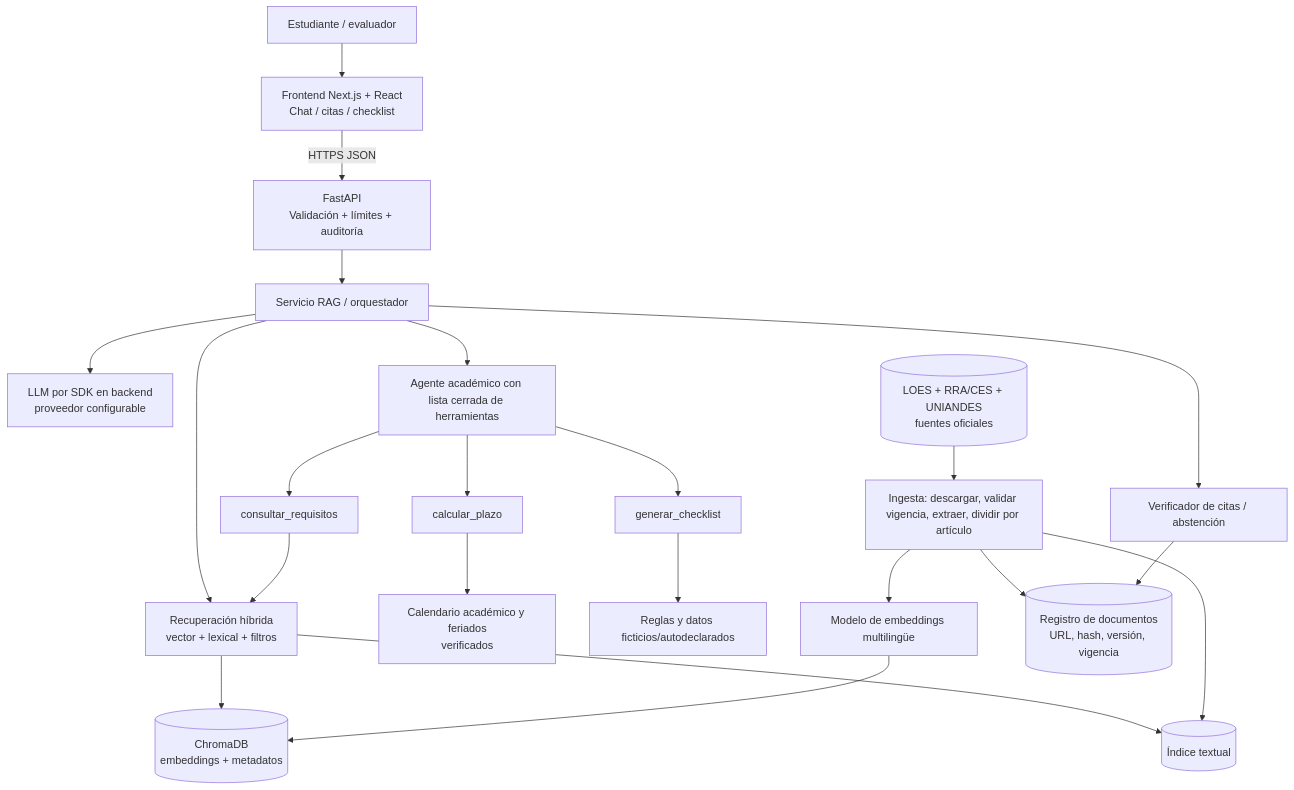
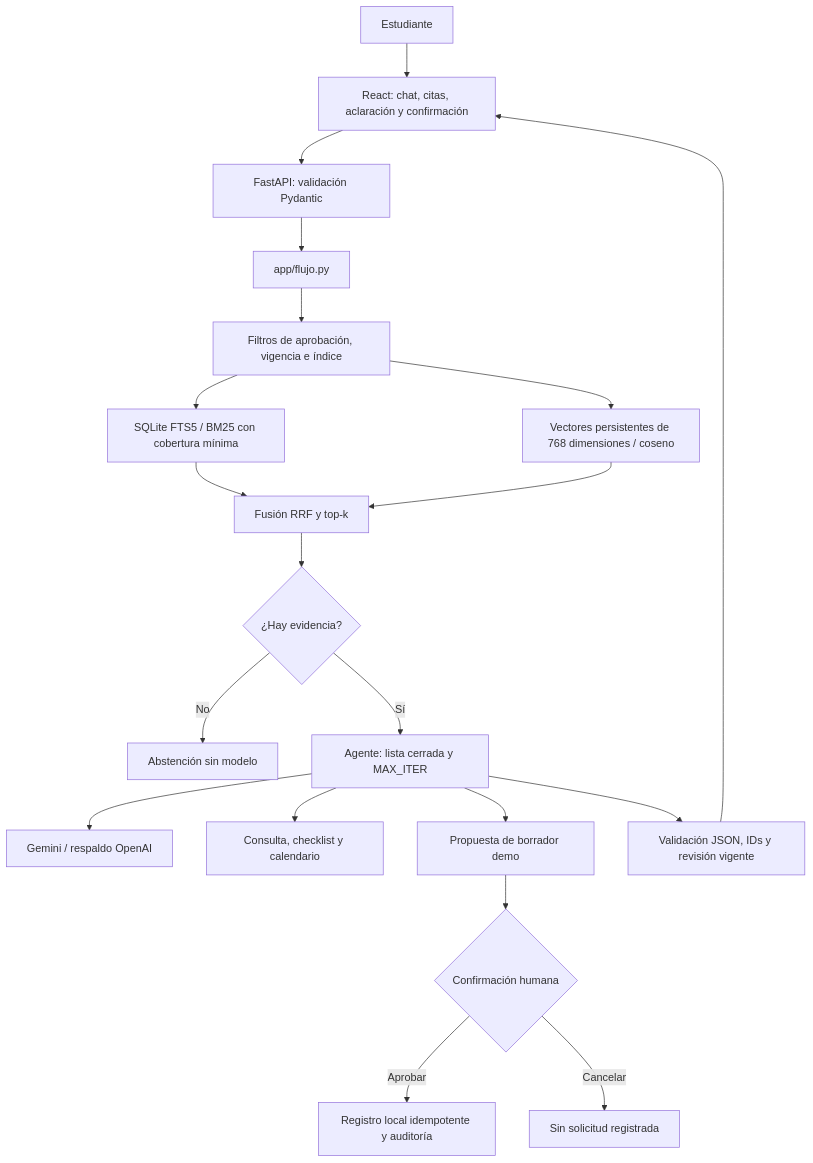
The diagram in docs/03-arquitectura.md (felipet73/SeminarioComplexivoGrupo1), drawn with Mermaid before and after one commit. The commit also changed other lines of this file and 96 other files, not shown here.

````diff
--- a/docs/03-arquitectura.md
+++ b/docs/03-arquitectura.md
@@ -9,32 +5,22 @@
 ```mermaid
-flowchart TB
-  U[Estudiante / evaluador] --> FE[Frontend Next.js + React
-Chat / citas / checklist]
-  FE -->|HTTPS JSON| API[FastAPI
-Validación + límites + auditoría]
-  API --> ORC[Servicio RAG / orquestador]
-  ORC --> RET[Recuperación híbrida
-vector + lexical + filtros]
-  RET --> VDB[(ChromaDB
-embeddings + metadatos)]
-  RET --> LEX[(Índice textual)]
-  ORC --> LLM[LLM por SDK en backend
-proveedor configurable]
-  ORC --> VER[Verificador de citas / abstención]
-  ORC --> AG[Agente académico con lista cerrada de herramientas]
-  AG --> T1[consultar_requisitos]
-  AG --> T2[calcular_plazo]
-  AG --> T3[generar_checklist]
-  T1 --> RET
-  T2 --> CAL[Calendario académico y feriados
-verificados]
-  T3 --> RULES[Reglas y datos ficticios/autodeclarados]
-  PDF[(LOES + RRA/CES + UNIANDES
-fuentes oficiales)] --> ING[Ingesta: descargar, validar vigencia, extraer, dividir por artículo]
-  ING --> EMB[Modelo de embeddings multilingüe]
-  EMB --> VDB
-  ING --> LEX
-  ING --> DOC[(Registro de documentos
-URL, hash, versión, vigencia)]
-  VER --> DOC
+flowchart TD
+    U[Estudiante] --> F[React: chat, citas, aclaración y confirmación]
+    F --> A[FastAPI: validación Pydantic]
+    A --> FL[app/flujo.py]
+    FL --> R[Filtros de aprobación, vigencia e índice]
+    R --> B[SQLite FTS5 / BM25 con cobertura mínima]
+    R --> V[Vectores persistentes de 768 dimensiones / coseno]
+    B --> H[Fusión RRF y top-k]
+    V --> H
+    H --> E{¿Hay evidencia?}
+    E -->|No| AB[Abstención sin modelo]
+    E -->|Sí| AG[Agente: lista cerrada y MAX_ITER]
+    AG --> L[Gemini / respaldo OpenAI]
+    AG --> T[Consulta, checklist y calendario]
+    AG --> P[Propuesta de borrador demo]
+    P --> C{Confirmación humana}
+    C -->|Aprobar| S[Registro local idempotente y auditoría]
+    C -->|Cancelar| CA[Sin solicitud registrada]
+    AG --> VAL[Validación JSON, IDs y revisión vigente]
+    VAL --> F
 ```
````
